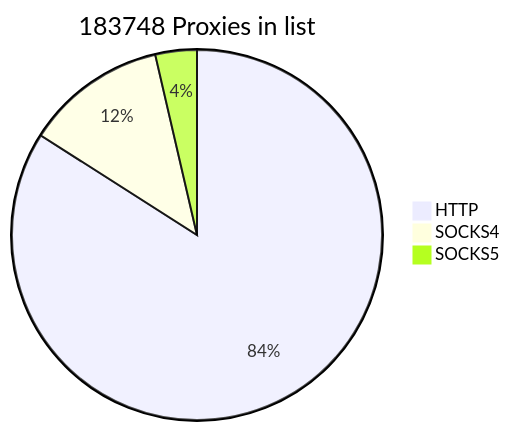
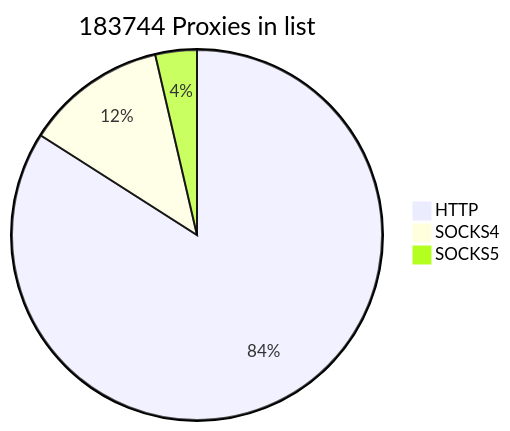
One commit to cutipu/proxylist changed the first of 2 diagrams in README.md. Above: the diagram before and after it, drawn with Mermaid. The commit also changed other lines of this file, not shown here.

````diff
--- a/README.md
+++ b/README.md
@@ -2,7 +2,7 @@
 ```mermaid
-pie title 183748 Proxies in list
+pie title 183744 Proxies in list
     "HTTP" : 154406
-    "SOCKS4" : 22682
+    "SOCKS4" : 22678
     "SOCKS5" : 6660
             
 ```
````
